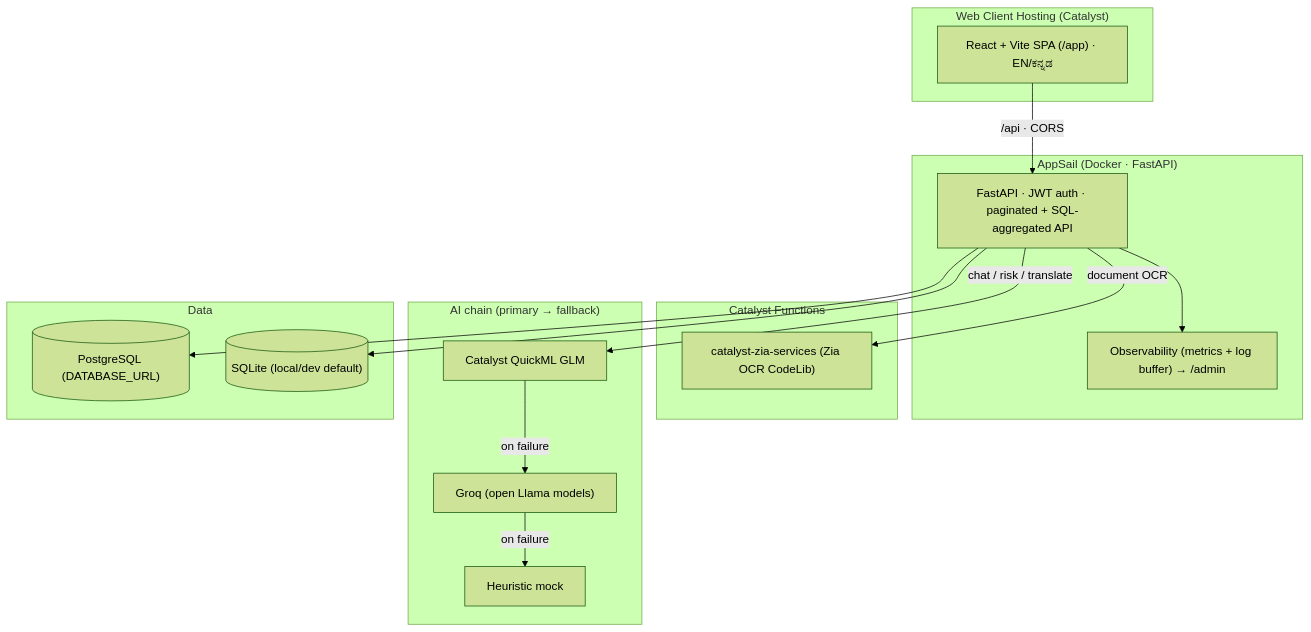
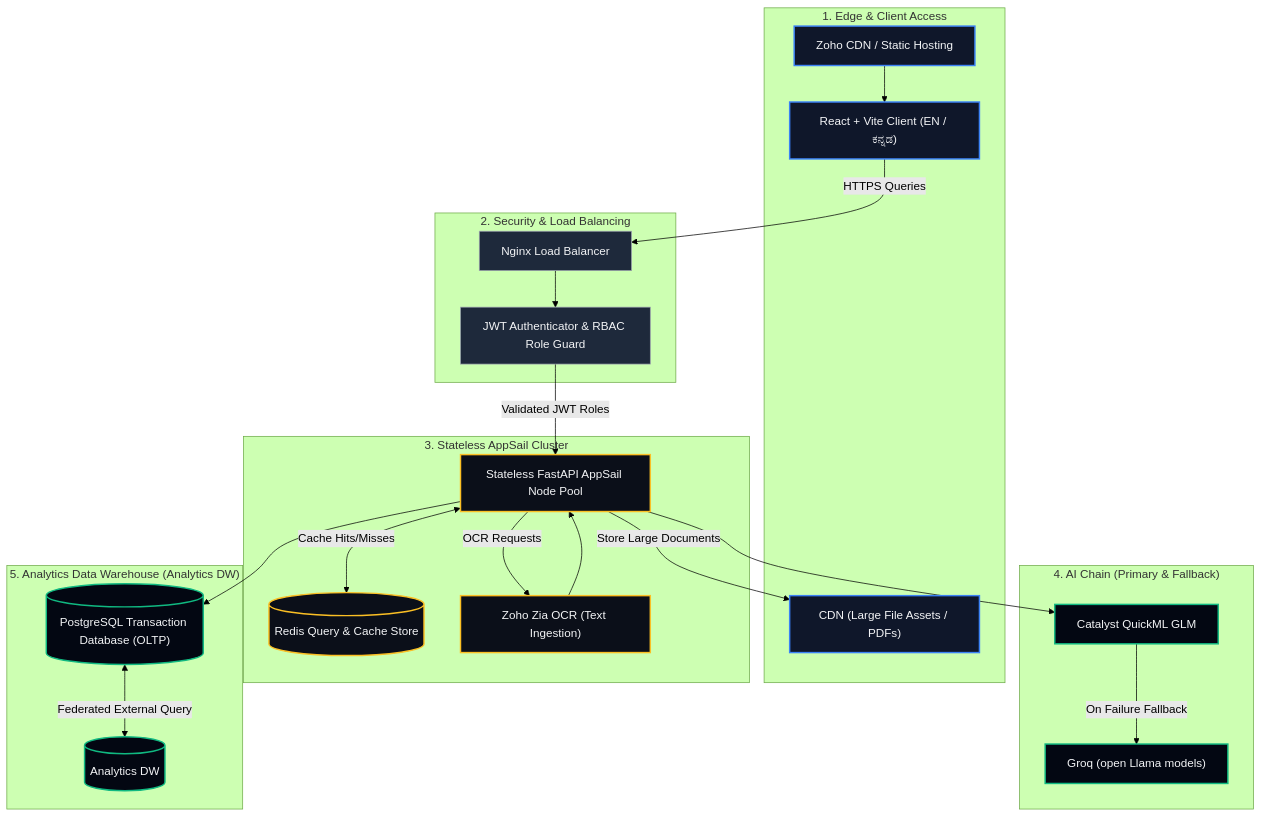
Before and after one commit to chiraghs/Vyuha-Network: the first of 2 diagrams in README.md, drawn with Mermaid (forest theme). The commit also changed other lines of this file, not shown here.

Commit message:
docs: simplify system architecture to a high-level model

````diff
--- a/README.md
+++ b/README.md
@@ -106,31 +106,62 @@
 ```mermaid
 flowchart TD
-    subgraph Client["Web Client Hosting (Catalyst)"]
-        SPA["React + Vite SPA (/app) · EN/ಕನ್ನಡ"]
+    %% Custom Styling
+    classDef client fill:#0F172A,stroke:#3B82F6,stroke-width:2px,color:#F3F4F6;
+    classDef infra fill:#1E293B,stroke:#9CA3AF,stroke-width:1px,color:#F3F4F6;
+    classDef logic fill:#0B0F19,stroke:#FBBF24,stroke-width:2px,color:#F3F4F6;
+    classDef data fill:#030712,stroke:#10B981,stroke-width:2px,color:#F3F4F6;
+
+    subgraph ClientLayer["1. Edge & Client Access"]
+        CDN_STATIC["Zoho CDN / Static Hosting"]
+        SPA["React + Vite Client (EN / ಕನ್ನಡ)"]
+        CDN_ASSETS["CDN (Large File Assets / PDFs)"]
     end
-    subgraph AppSail["AppSail (Docker · FastAPI)"]
-        API["FastAPI · JWT auth · paginated + SQL-aggregated API"]
-        OBS["Observability (metrics + log buffer) → /admin"]
+
+    subgraph IngressLayer["2. Security & Load Balancing"]
+        LB["Nginx Load Balancer"]
+        AUTH["JWT Authenticator & RBAC Role Guard"]
     end
-    subgraph Fn["Catalyst Functions"]
-        ZIA["catalyst-zia-services (Zia OCR CodeLib)"]
+
+    subgraph LogicLayer["3. Stateless AppSail Cluster"]
+        API_POOL["Stateless FastAPI AppSail Node Pool"]
+        REDIS[("Redis Query & Cache Store")]
+        ZIA["Zoho Zia OCR (Text Ingestion)"]
     end
-    subgraph AI["AI chain (primary → fallback)"]
+
+    subgraph AI["4. AI Chain (Primary & Fallback)"]
         GLM["Catalyst QuickML GLM"]
         GROQ["Groq (open Llama models)"]
-        MOCK["Heuristic mock"]
-    end
-    subgraph DB["Data"]
-        PG[("PostgreSQL (DATABASE_URL)")]
-        SQLITE[("SQLite (local/dev default)")]
     end
 
-    SPA -->|/api · CORS| API
-    API --> OBS
-    API -->|document OCR| ZIA
-    API -->|chat / risk / translate| GLM
-    GLM -->|on failure| GROQ
-    GROQ -->|on failure| MOCK
-    API --> PG
-    API --> SQLITE
+    subgraph DatabaseLayer["5. Analytics Data Warehouse (Analytics DW)"]
+        PG[("PostgreSQL Transaction Database (OLTP)")]
+        BQ[("Analytics DW")]
+    end
+
+    %% Routing Flow
+    CDN_STATIC --> SPA
+    SPA -->|HTTPS Queries| LB
+    LB --> AUTH
+    AUTH -->|Validated JWT Roles| API_POOL
+    
+    %% Cache & Storage
+    API_POOL <-->|Cache Hits/Misses| REDIS
+    API_POOL -->|Store Large Documents| CDN_ASSETS
+    
+    %% Ingestion / OCR
+    API_POOL -->|OCR Requests| ZIA
+    ZIA --> API_POOL
+
+    %% AI Integrations
+    API_POOL --> GLM
+    GLM -->|On Failure Fallback| GROQ
+
+    %% Data Syncing
+    API_POOL --> PG
+    PG <-->|Federated External Query| BQ
+
+    class SPA,CDN_STATIC,CDN_ASSETS client;
+    class LB,AUTH infra;
+    class API_POOL,REDIS,ZIA logic;
+    class PG,BQ,GLM,GROQ data;
 ```
````
